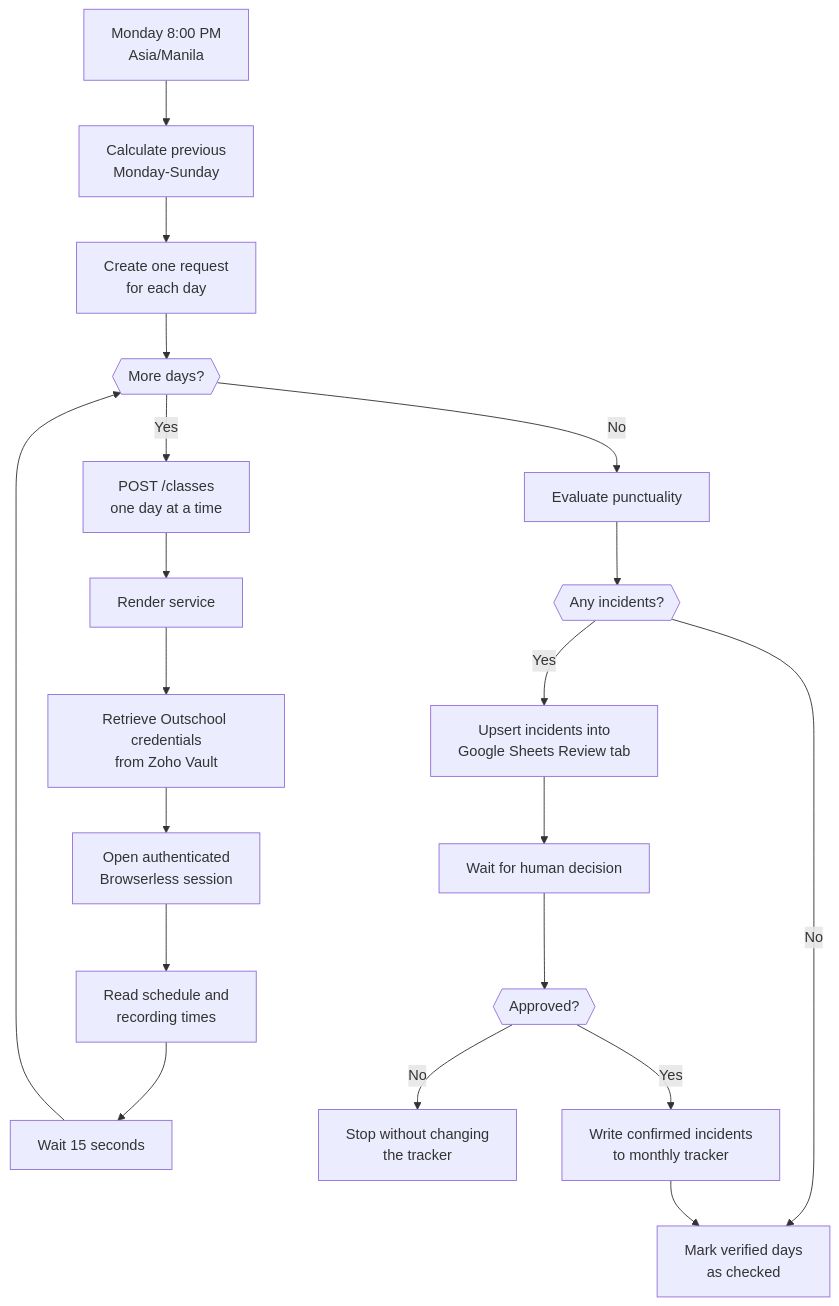
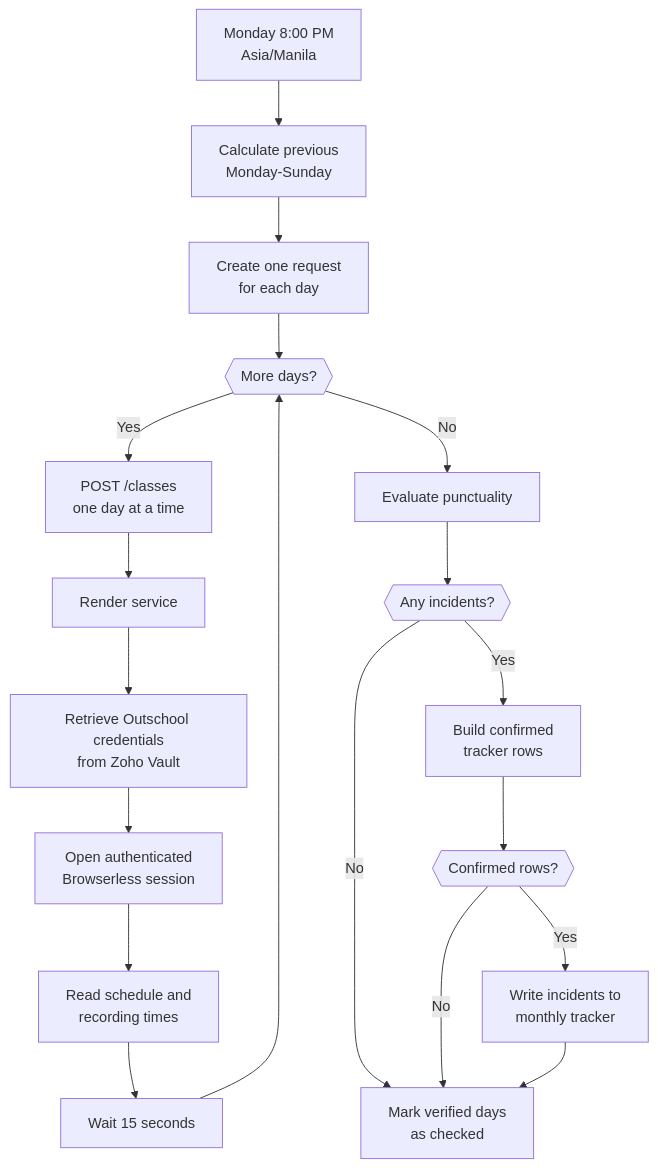
One commit to tuna0215/jenny-weekly-teacher-punctuality-check changed the diagram in README.md. Above: the diagram before and after it, drawn with Mermaid. The commit also changed other lines of this file, not shown here.

````diff
--- a/README.md
+++ b/README.md
@@ -7,22 +7,21 @@
 ```mermaid
 flowchart TD
     A[Monday 8:00 PM<br/>Asia/Manila] --> B[Calculate previous<br/>Monday-Sunday]
     B --> C[Create one request<br/>for each day]
     C --> D{{More days?}}
     D -- Yes --> E[POST /classes<br/>one day at a time]
     E --> F[Render service]
     F --> G[Retrieve Outschool credentials<br/>from Zoho Vault]
     G --> H[Open authenticated<br/>Browserless session]
     H --> I[Read schedule and<br/>recording times]
     I --> J[Wait 15 seconds]
     J --> D
     D -- No --> K[Evaluate punctuality]
     K --> L{{Any incidents?}}
     L -- No --> M[Mark verified days<br/>as checked]
-    L -- Yes --> N[Upsert incidents into<br/>Google Sheets Review tab]
-    N --> O[Wait for human decision]
-    O --> P{{Approved?}}
-    P -- No --> Q[Stop without changing<br/>the tracker]
-    P -- Yes --> R[Write confirmed incidents<br/>to monthly tracker]
-    R --> M
+    L -- Yes --> N[Build confirmed<br/>tracker rows]
+    N --> O{{Confirmed rows?}}
+    O -- Yes --> P[Write incidents to<br/>monthly tracker]
+    O -- No --> M
+    P --> M
 ```
````
